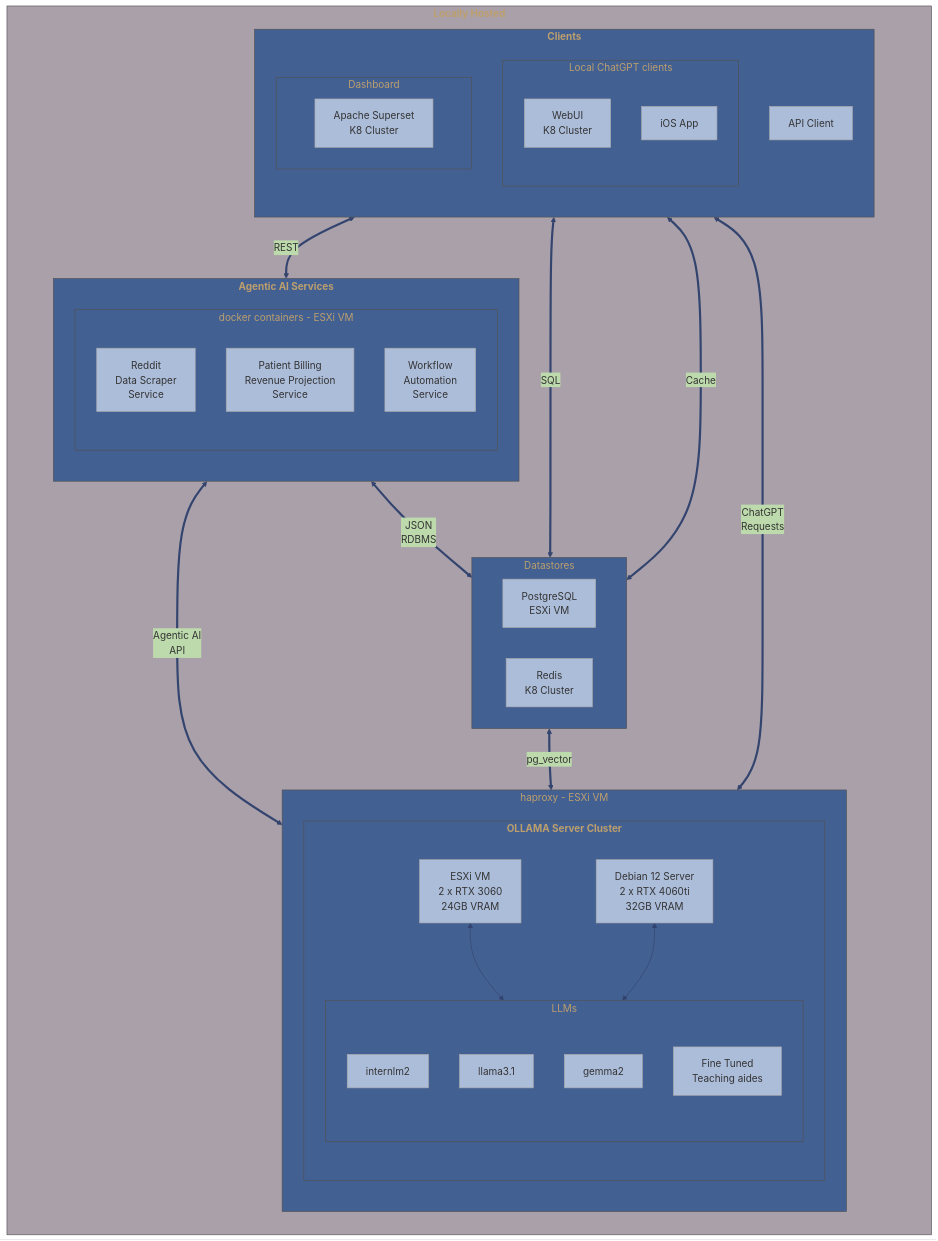
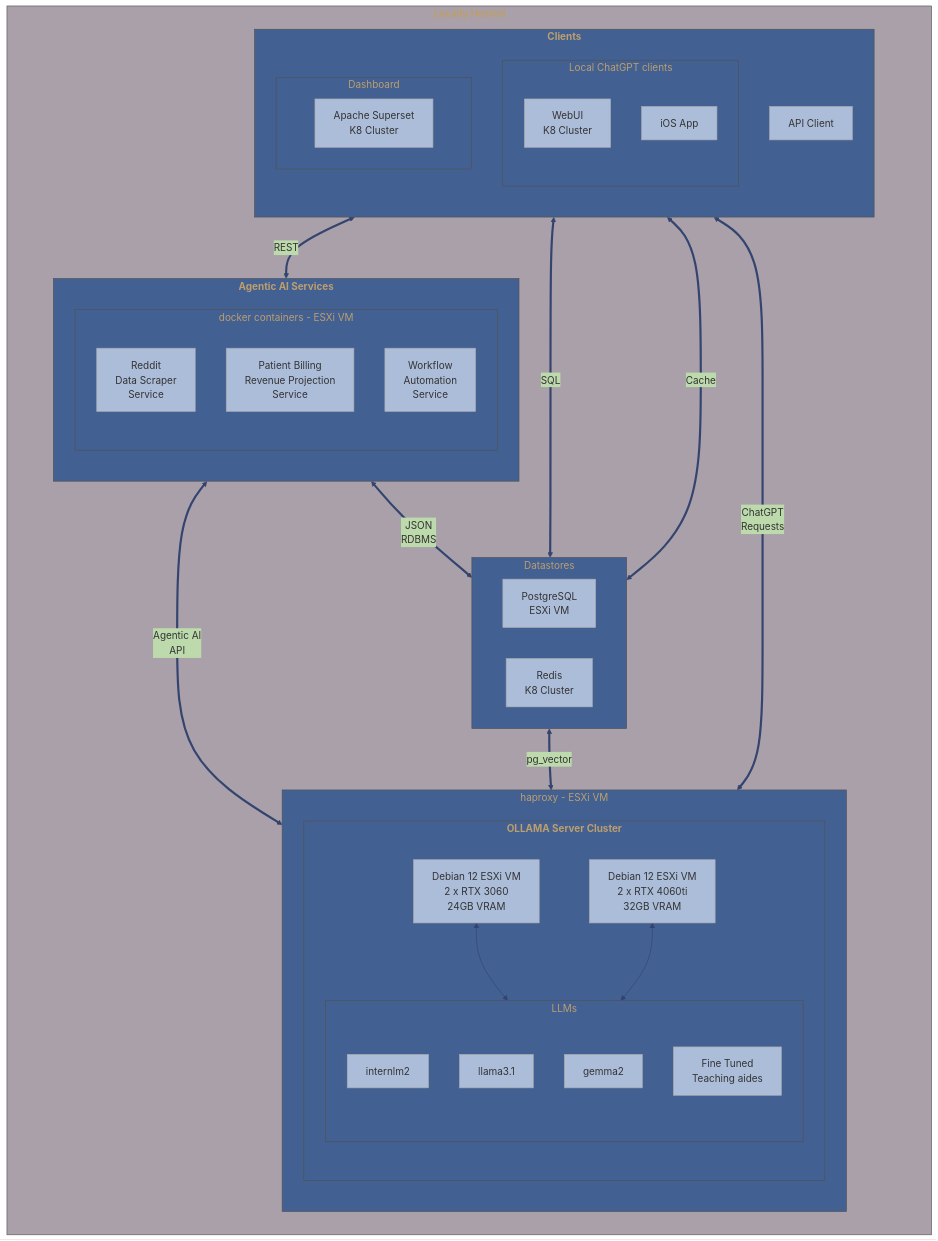
Before and after one commit to ovaisq/LLM-RedditScraper: the diagram in paas.md, drawn with Mermaid.

Commit message:
updated PAAS diagram

```diff
--- a/paas.md
+++ b/paas.md
@@ -26,10 +26,10 @@
     direction TB
     subgraph Ollama["`**OLLAMA Server Cluster**`"]
         direction TB
-        dualGPU1["ESXi VM
+        dualGPU1["Debian 12 ESXi VM
         2 x RTX 3060 
         24GB VRAM"]
-        dualGPU2["Debian 12 Server
+        dualGPU2["Debian 12 ESXi VM
         2 x RTX 4060ti 
         32GB VRAM"]
         subgraph Llms["LLMs"]
```
